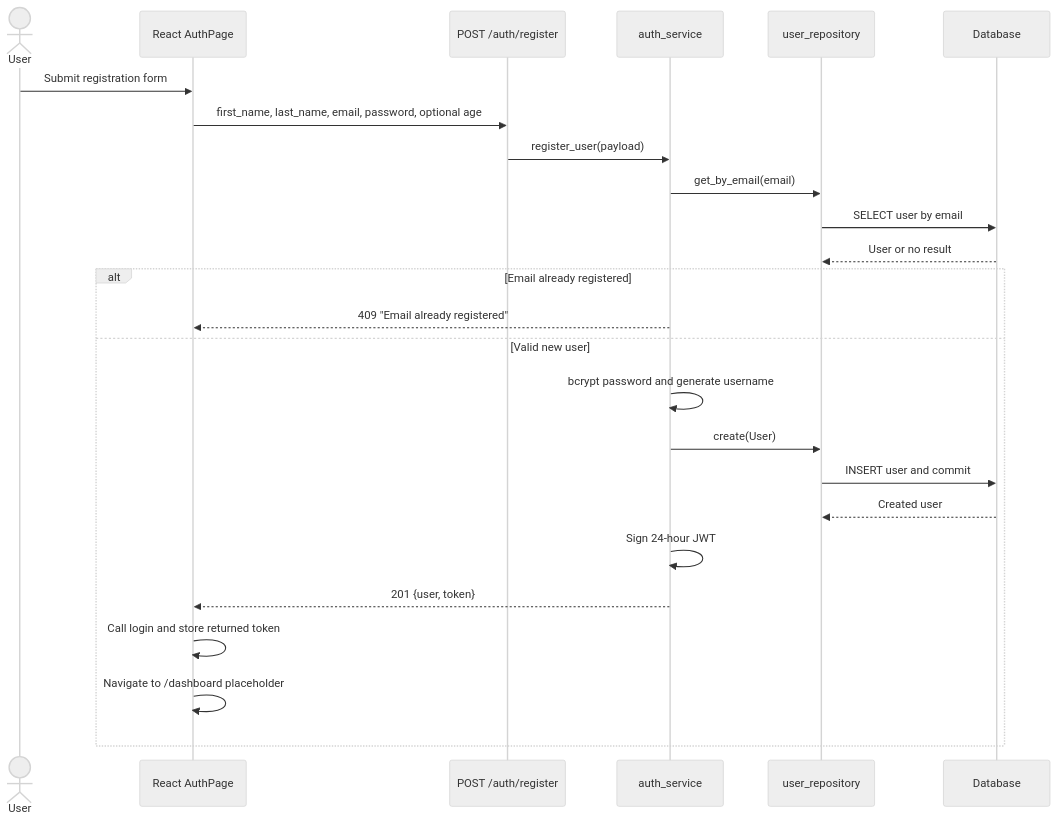
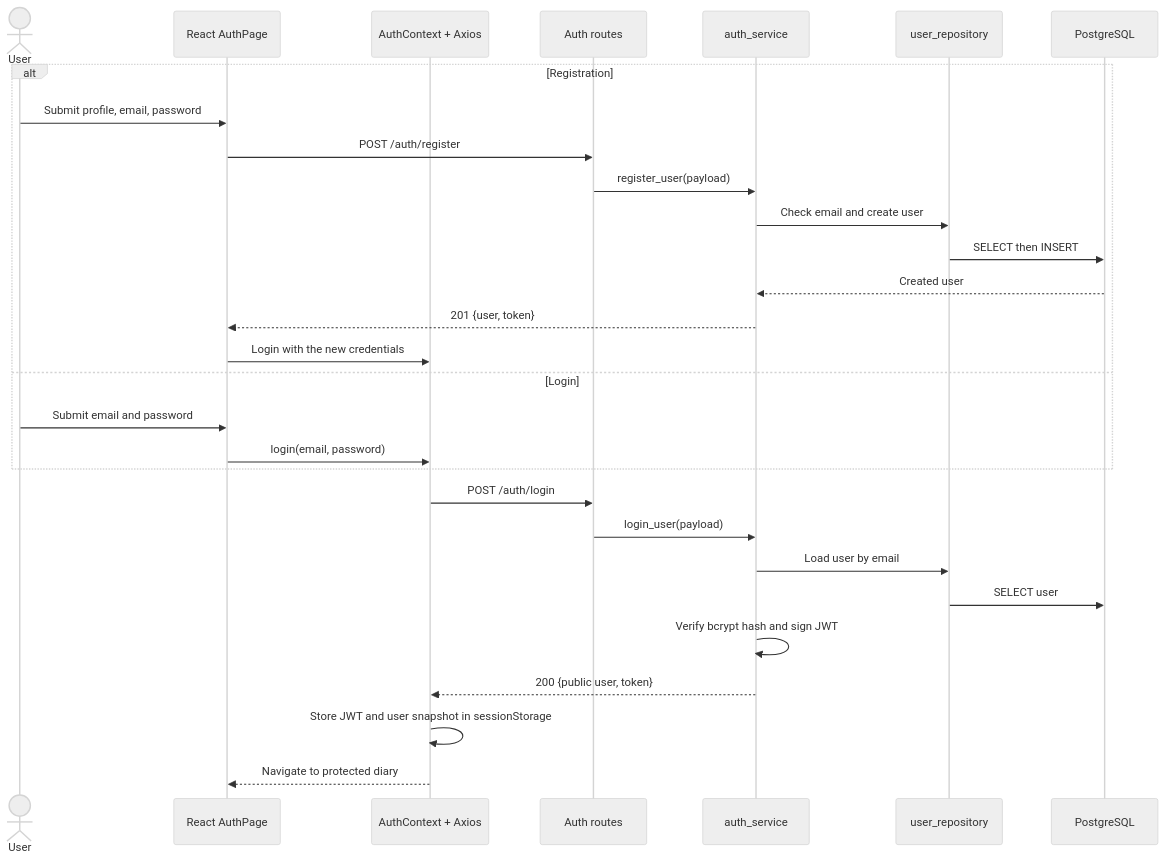
One commit to zahin-dev/Film-like changed the first of 4 diagrams in docs/diagrams/SequenceDiagrams.md. Above: the diagram before and after it, drawn with Mermaid (neutral theme). The commit also changed other lines of this file and 42 other files, not shown here.

````diff
--- a/docs/diagrams/SequenceDiagrams.md
+++ b/docs/diagrams/SequenceDiagrams.md
@@ -13,29 +7,33 @@
 ```mermaid
 sequenceDiagram
     actor User
-    participant Frontend as React AuthPage
-    participant Route as POST /auth/register
+    participant UI as React AuthPage
+    participant Auth as AuthContext + Axios
+    participant Route as Auth routes
     participant Service as auth_service
     participant Repo as user_repository
-    participant DB as Database
+    participant DB as PostgreSQL
 
-    User->>Frontend: Submit registration form
-    Frontend->>Route: first_name, last_name, email, password, optional age
-    Route->>Service: register_user(payload)
-    Service->>Repo: get_by_email(email)
-    Repo->>DB: SELECT user by email
-    DB-->>Repo: User or no result
+    alt Registration
+        User->>UI: Submit profile, email, password
+        UI->>Route: POST /auth/register
+        Route->>Service: register_user(payload)
+        Service->>Repo: Check email and create user
+        Repo->>DB: SELECT then INSERT
+        DB-->>Service: Created user
+        Service-->>UI: 201 {user, token}
+        UI->>Auth: Login with the new credentials
+    else Login
+        User->>UI: Submit email and password
+        UI->>Auth: login(email, password)
+    end
 
-    alt Email already registered
-        Service-->>Frontend: 409 "Email already registered"
-    else Valid new user
-        Service->>Service: bcrypt password and generate username
-        Service->>Repo: create(User)
-        Repo->>DB: INSERT user and commit
-        DB-->>Repo: Created user
-        Service->>Service: Sign 24-hour JWT
-        Service-->>Frontend: 201 {user, token}
-        Frontend->>Frontend: Call login and store returned token
-        Frontend->>Frontend: Navigate to /dashboard placeholder
-    end
+    Auth->>Route: POST /auth/login
+    Route->>Service: login_user(payload)
+    Service->>Repo: Load user by email
+    Repo->>DB: SELECT user
+    Service->>Service: Verify bcrypt hash and sign JWT
+    Service-->>Auth: 200 {public user, token}
+    Auth->>Auth: Store JWT and user snapshot in sessionStorage
+    Auth-->>UI: Navigate to protected diary
 ```
````
